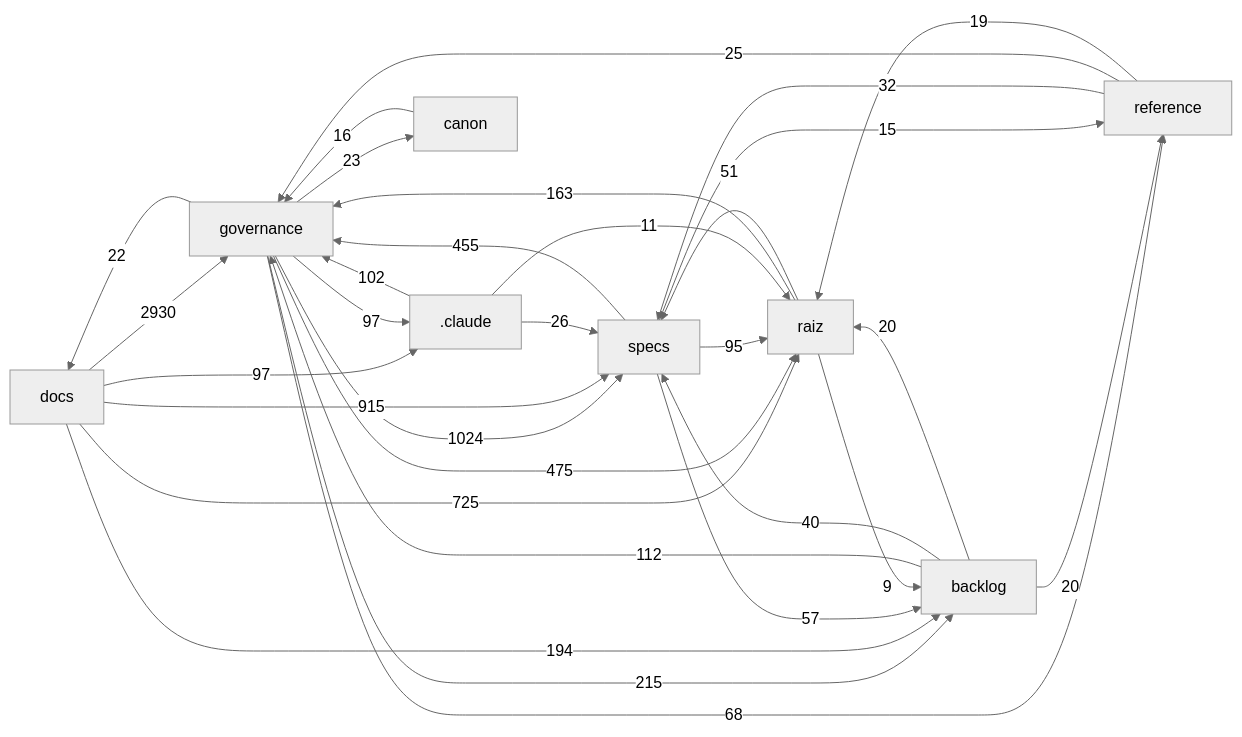
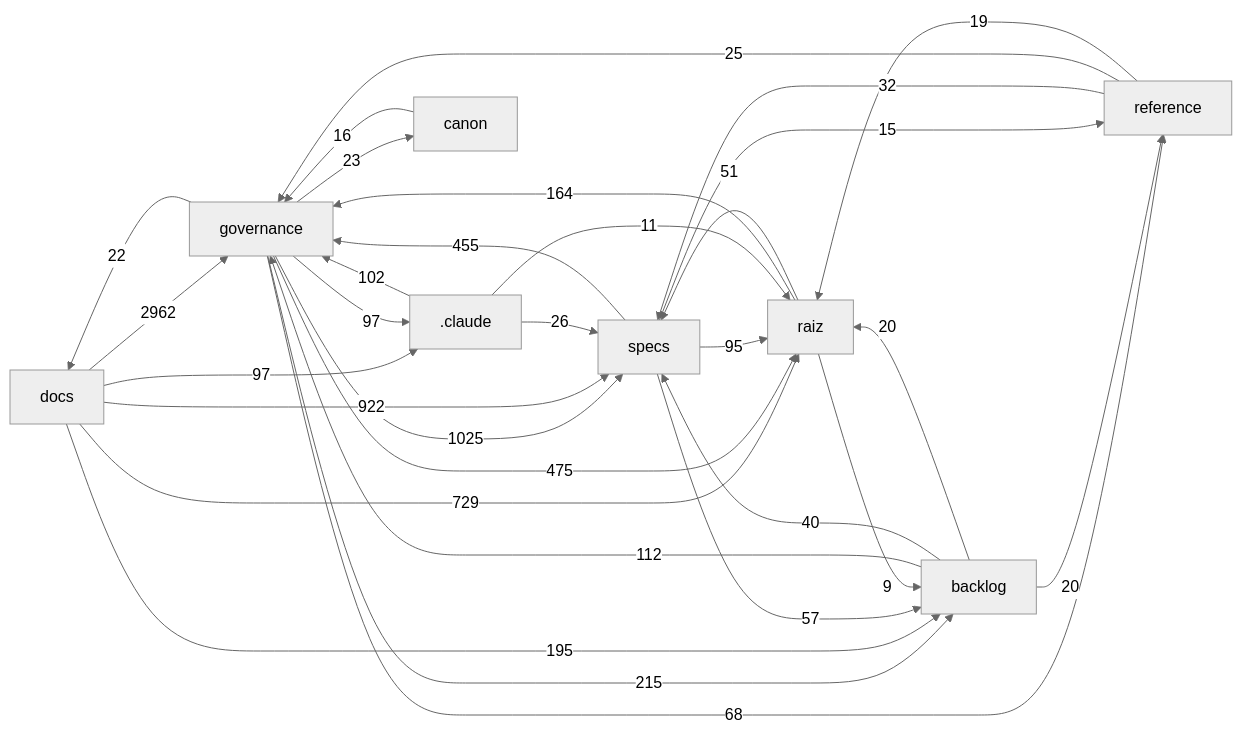
The diagram in docs/mapa/MAPA-PROJETO.md (Andraus35/Sistema-Operacional-de-Trading--SOT), drawn with Mermaid (neutral theme) before and after one commit. The commit also changed other lines of this file and 4 other files, not shown here.

````diff
--- a/docs/mapa/MAPA-PROJETO.md
+++ b/docs/mapa/MAPA-PROJETO.md
@@ -29,33 +29,33 @@
 ```mermaid
 flowchart LR
-  docs["docs"] -->|2930| governance["governance"]
-  governance["governance"] -->|1024| specs["specs"]
-  docs["docs"] -->|915| specs["specs"]
-  docs["docs"] -->|725| raiz["raiz"]
+  docs["docs"] -->|2962| governance["governance"]
+  governance["governance"] -->|1025| specs["specs"]
+  docs["docs"] -->|922| specs["specs"]
+  docs["docs"] -->|729| raiz["raiz"]
   governance["governance"] -->|475| raiz["raiz"]
   specs["specs"] -->|455| governance["governance"]
   governance["governance"] -->|215| backlog["backlog"]
-  docs["docs"] -->|194| backlog["backlog"]
-  raiz["raiz"] -->|163| governance["governance"]
+  docs["docs"] -->|195| backlog["backlog"]
+  raiz["raiz"] -->|164| governance["governance"]
   backlog["backlog"] -->|112| governance["governance"]
   _claude[".claude"] -->|102| governance["governance"]
   docs["docs"] -->|97| _claude[".claude"]
   governance["governance"] -->|97| _claude[".claude"]
   specs["specs"] -->|95| raiz["raiz"]
   governance["governance"] -->|68| reference["reference"]
   specs["specs"] -->|57| backlog["backlog"]
   raiz["raiz"] -->|51| specs["specs"]
   backlog["backlog"] -->|40| specs["specs"]
   reference["reference"] -->|32| specs["specs"]
   _claude[".claude"] -->|26| specs["specs"]
   reference["reference"] -->|25| governance["governance"]
   governance["governance"] -->|23| canon["canon"]
   governance["governance"] -->|22| docs["docs"]
   backlog["backlog"] -->|20| raiz["raiz"]
   backlog["backlog"] -->|20| reference["reference"]
   reference["reference"] -->|19| raiz["raiz"]
   canon["canon"] -->|16| governance["governance"]
   specs["specs"] -->|15| reference["reference"]
   _claude[".claude"] -->|11| raiz["raiz"]
   raiz["raiz"] -->|9| backlog["backlog"]
 ```
````
